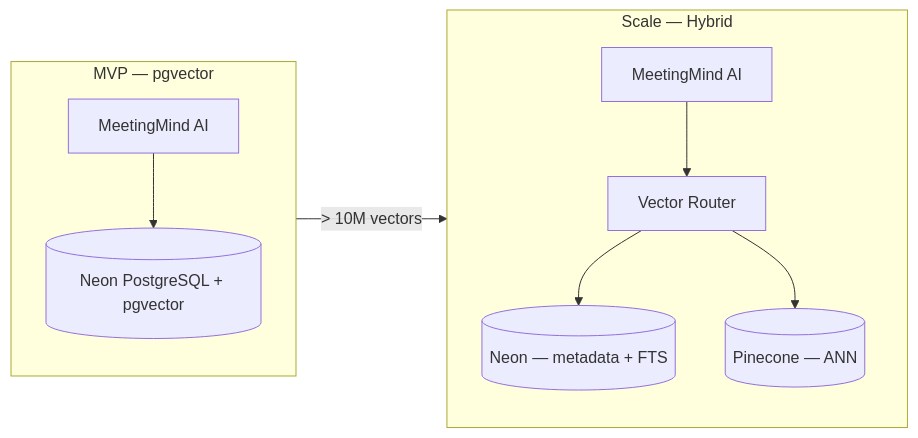
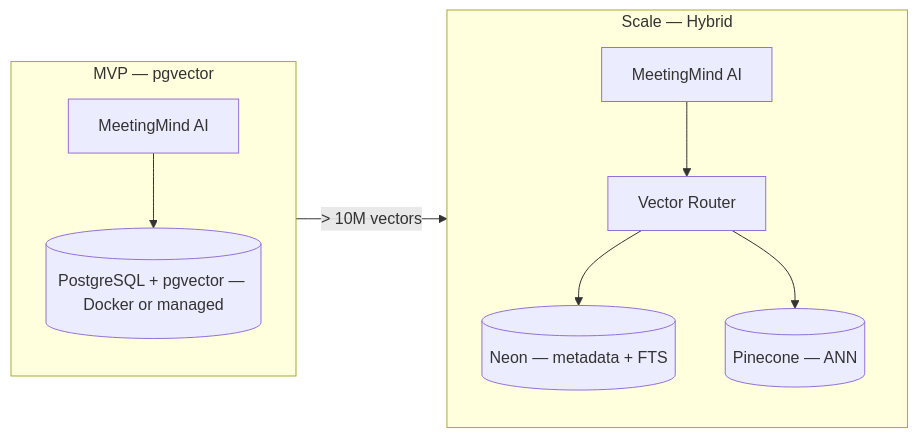
One commit to sumaiyabinterafiq97/AI-Meeting-Notes-Task-Manager changed the first of 6 diagrams in docs/vector-db-design.md. Above: the diagram before and after it, drawn with Mermaid. The commit also changed other lines of this file and 22 other files, not shown here.

Commit message:
docs: sync inventory, audits, and API/architecture to v0.7.2

````diff
--- a/docs/vector-db-design.md
+++ b/docs/vector-db-design.md
@@ -41,14 +42,14 @@
 ```mermaid
 flowchart LR
     subgraph MVP["MVP — pgvector"]
-        App[MeetingMind AI] --> Neon[(Neon PostgreSQL + pgvector)]
+        App[MeetingMind AI] --> PG[(PostgreSQL + pgvector — Docker or managed)]
     end
 
     subgraph Scale["Scale — Hybrid"]
         App2[MeetingMind AI] --> Router[Vector Router]
         Router --> Neon2[(Neon — metadata + FTS)]
         Router --> Pine[(Pinecone — ANN)]
     end
 
     MVP -->|"> 10M vectors"| Scale
 ```
````
